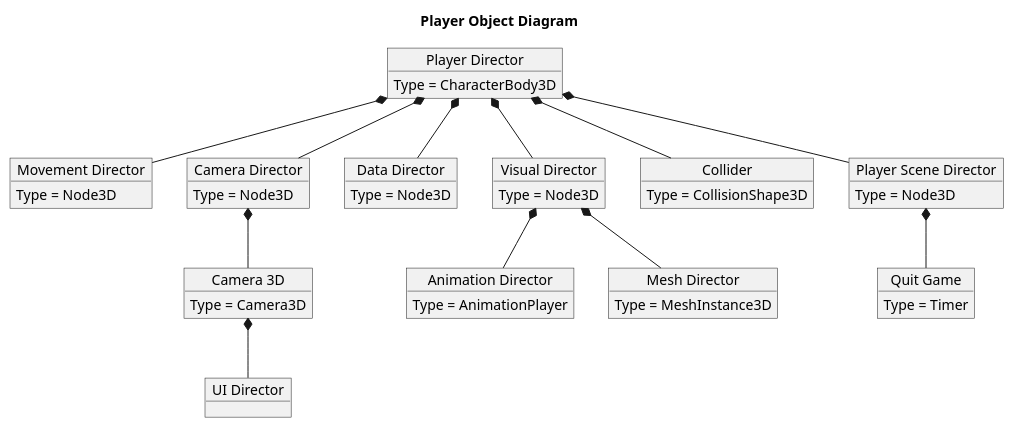
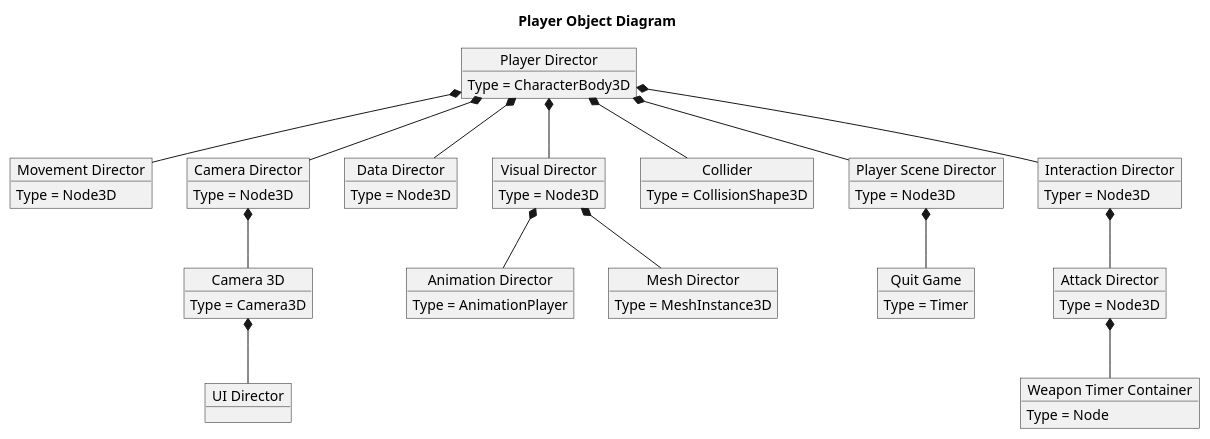
The diagram in Godot-Project/UML-Diagrams/src/Player-Object.puml (kjtkanaly/Roguelike-Shoot-Em-Up), drawn with PlantUML before and after one commit. The commit also changed 1 other file, not shown here.

Commit message:
Updated the Player Object diagram to refelct the addition of the 'interaction director object' and it's respective children. Added the interaction director to the player director object

```diff
--- a/Godot-Project/UML-Diagrams/src/Player-Object.puml
+++ b/Godot-Project/UML-Diagrams/src/Player-Object.puml
@@ -1,43 +1,52 @@
 @startuml Player Object
 
 title Player Object Diagram
 
 object "Player Director" as Player
 
 object "Movement Director" as Movement
 object "Camera Director" as CameraDir
 object "Data Director" as Data
 object "Visual Director" as Visual
 object "Collider" as Collider
 object "Camera 3D" as Camera
 object "UI Director" as UIDir
 object "Animation Director" as Animation
 object "Mesh Director" as Mesh
 object "Player Scene Director" as SceneDir
 object "Quit Game" as QuitTimer
+object "Interaction Director" as InteractionDir
+object "Attack Director" as AttackDir
+object "Weapon Timer Container" as WeaponTimerCont
 
 Player : Type = CharacterBody3D
 Movement : Type = Node3D
 CameraDir : Type = Node3D
 Data : Type = Node3D
 Visual : Type = Node3D
 Collider : Type = CollisionShape3D
 Camera : Type = Camera3D
 Animation : Type = AnimationPlayer
 Mesh : Type = MeshInstance3D
 SceneDir : Type = Node3D
 QuitTimer : Type = Timer
+InteractionDir : Typer = Node3D
+AttackDir : Type = Node3D
+WeaponTimerCont : Type = Node
 
 Player *-- Movement
 Player *-- CameraDir
 Player *-- Data
 Player *-- Visual
 Player *-- Collider
 CameraDir *-- Camera
 Camera *-- UIDir
 Visual *-- Animation
 Visual *-- Mesh
 Player *-- SceneDir
 SceneDir *-- QuitTimer
+Player *-- InteractionDir
+InteractionDir *-- AttackDir
+AttackDir *-- WeaponTimerCont
 
 @enduml
```
